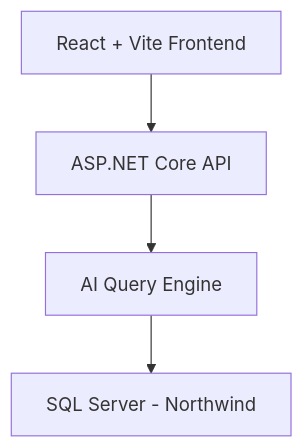
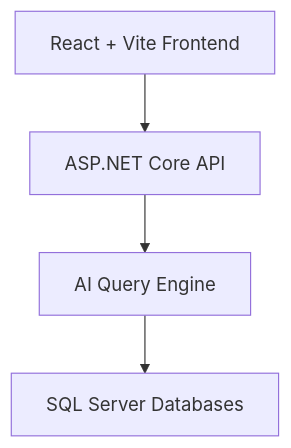
The first of 2 diagrams in README.md (cesar39299/Northwind_AI_Web_Assistant), drawn with Mermaid before and after one commit. The commit also changed other lines of this file, not shown here.

Commit message:
Update README: add multi-database support (AdventureWorks, AdventureWorksDW) and architecture decisions section

````diff
--- a/README.md
+++ b/README.md
@@ -15,6 +18,6 @@
 ```mermaid
 graph TD
 A[React + Vite Frontend] --> B[ASP.NET Core API]
 B --> C[AI Query Engine]
-C --> D[SQL Server - Northwind]
+C --> D[SQL Server Databases]
 ```
````
